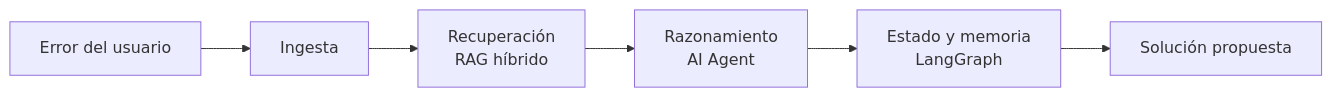
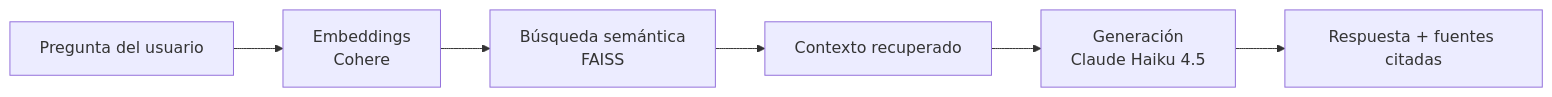
The diagram in README.md (eandreaja/sophia), drawn with Mermaid before and after one commit. The commit also changed other lines of this file, not shown here.

Commit message:
Corrige README: arquitectura real, rutas y roadmap consistente

````diff
--- a/README.md
+++ b/README.md
@@ -100,8 +62,8 @@
 ```mermaid
 graph LR
-    A[Error del usuario] --> B[Ingesta]
-    B --> C[Recuperación<br/>RAG híbrido]
-    C --> D[Razonamiento<br/>AI Agent]
-    D --> E[Estado y memoria<br/>LangGraph]
-    E --> F[Solución propuesta]
+    A[Pregunta del usuario] --> B[Embeddings<br/>Cohere]
+    B --> C[Búsqueda semántica<br/>FAISS]
+    C --> D[Contexto recuperado]
+    D --> E[Generación<br/>Claude Haiku 4.5]
+    E --> F[Respuesta + fuentes citadas]
 ```
````
